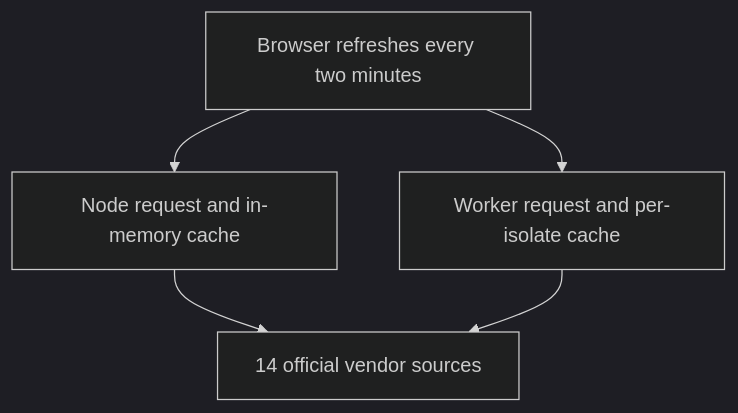
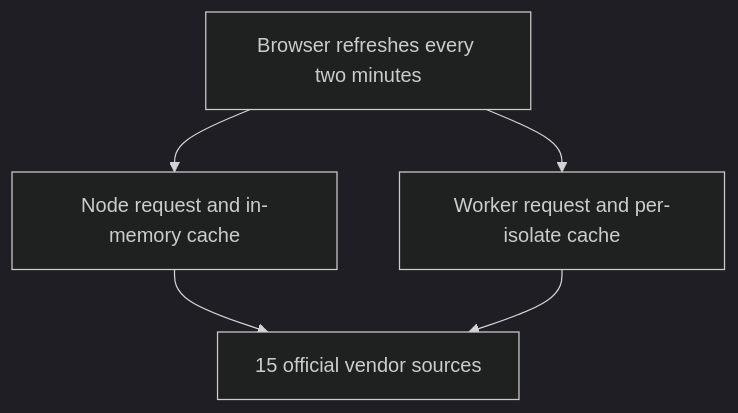
The diagram in README.md (greenblacked/status-page), drawn with Mermaid (dark theme) before and after one commit. The commit also changed other lines of this file and 25 other files, not shown here.

````diff
--- a/README.md
+++ b/README.md
@@ -118,11 +120,11 @@
 ```mermaid
 flowchart TB
-  vendors["14 official vendor sources"]
+  vendors["15 official vendor sources"]
   node["Node request and in-memory cache"]
   worker["Worker request and per-isolate cache"]
   browser["Browser refreshes every two minutes"]
   browser --> node
   browser --> worker
   node --> vendors
   worker --> vendors
 ```
````
